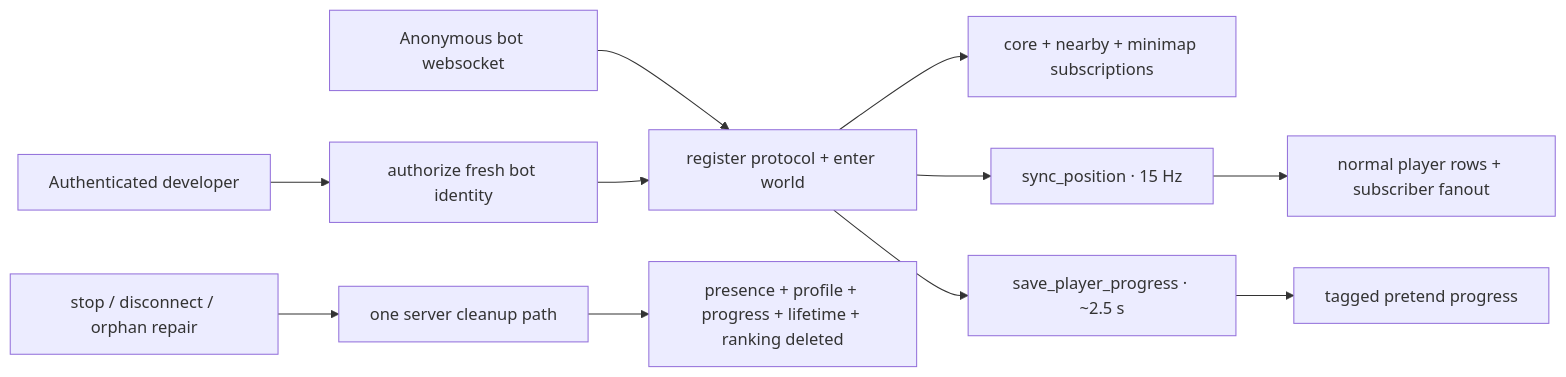
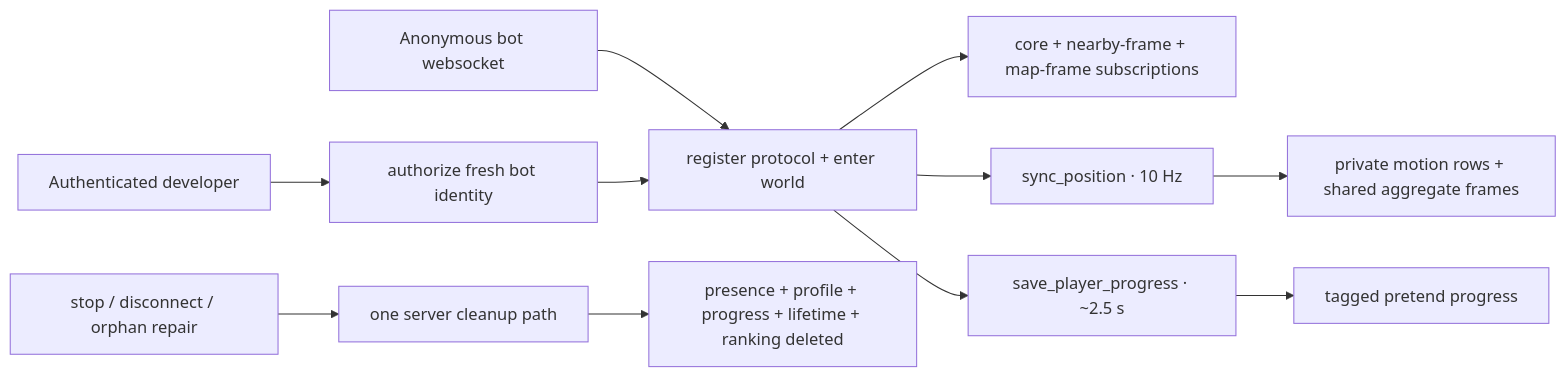
Before and after one commit to Tydoskus/wildwood: the fourth of 4 diagrams in docs/realtime-data-flow.md, drawn with Mermaid. The commit also changed other lines of this file and 19 other files, not shown here.

````diff
--- a/docs/realtime-data-flow.md
+++ b/docs/realtime-data-flow.md
@@ -77,13 +87,13 @@
 ```mermaid
 flowchart LR
   Dev["Authenticated developer"] --> Authorize["authorize fresh bot identity"]
   Browser["Anonymous bot websocket"] --> Protocol["register protocol + enter world"]
   Authorize --> Protocol
-  Protocol --> Subs["core + nearby + minimap subscriptions"]
-  Protocol --> Move["sync_position · 15 Hz"]
+  Protocol --> Subs["core + nearby-frame + map-frame subscriptions"]
+  Protocol --> Move["sync_position · 10 Hz"]
   Protocol --> Save["save_player_progress · ~2.5 s"]
-  Move --> Hot["normal player rows + subscriber fanout"]
+  Move --> Hot["private motion rows + shared aggregate frames"]
   Save --> Durable["tagged pretend progress"]
   Stop["stop / disconnect / orphan repair"] --> Cleanup["one server cleanup path"]
   Cleanup --> Erase["presence + profile + progress + lifetime + ranking deleted"]
 ```
````
